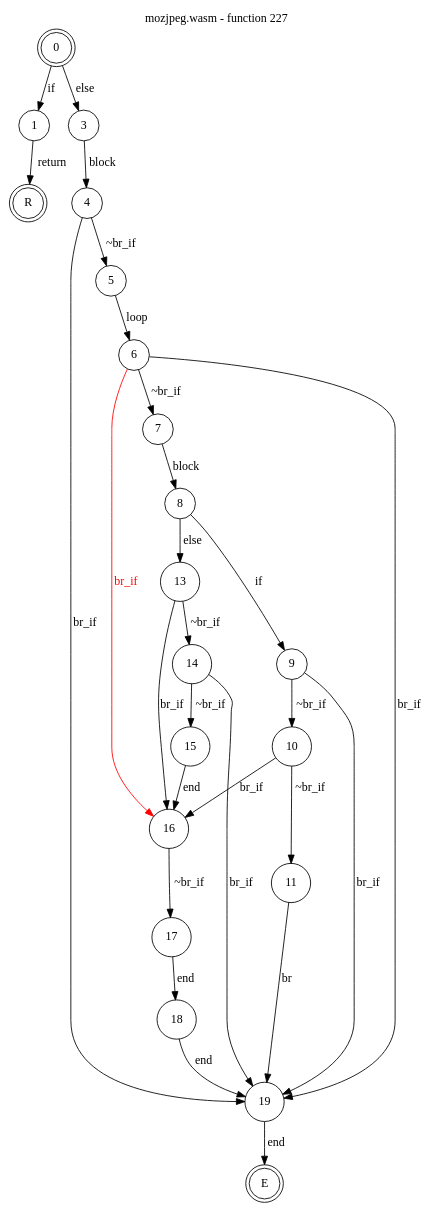
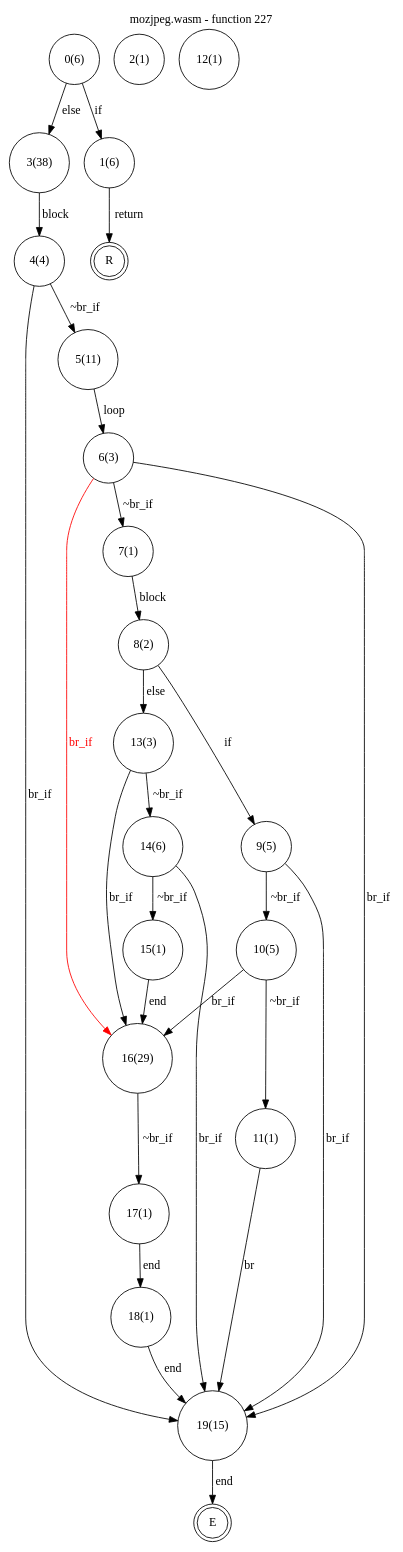
One commit to jsCarleton/wanalyze changed the diagram in test_cases/mozjpeg/funcs/mozjpeg-func227.dot. Above: the diagram before and after it, drawn with Graphviz. The commit also changed 592 other files, not shown here.

```diff
--- a/test_cases/mozjpeg/funcs/mozjpeg-func227.dot
+++ b/test_cases/mozjpeg/funcs/mozjpeg-func227.dot
@@ -1,36 +1,57 @@
 digraph finite_state_machine {
     label = "mozjpeg.wasm - function 227"
     labelloc =  t
     labelfontsize = 16
     labelfontcolor = black
     labelfontname = "Helvetica"
-    node [shape = doublecircle]; 0 E R ;
-    node [shape = circle];
+    node [shape = doublecircle]; E R ;
+node [shape=circle, fontcolor=black, style="", label="0(6)"]0
+node [shape=circle, fontcolor=black, style="", label="1(6)"]1
+node [shape=circle, fontcolor=black, style="", label="2(1)"]2
+node [shape=circle, fontcolor=black, style="", label="3(38)"]3
+node [shape=circle, fontcolor=black, style="", label="4(4)"]4
+node [shape=circle, fontcolor=black, style="", label="5(11)"]5
+node [shape=circle, fontcolor=black, style="", label="6(3)"]6
+node [shape=circle, fontcolor=black, style="", label="7(1)"]7
+node [shape=circle, fontcolor=black, style="", label="8(2)"]8
+node [shape=circle, fontcolor=black, style="", label="9(5)"]9
+node [shape=circle, fontcolor=black, style="", label="10(5)"]10
+node [shape=circle, fontcolor=black, style="", label="11(1)"]11
+node [shape=circle, fontcolor=black, style="", label="12(1)"]12
+node [shape=circle, fontcolor=black, style="", label="13(3)"]13
+node [shape=circle, fontcolor=black, style="", label="14(6)"]14
+node [shape=circle, fontcolor=black, style="", label="15(1)"]15
+node [shape=circle, fontcolor=black, style="", label="16(29)"]16
+node [shape=circle, fontcolor=black, style="", label="17(1)"]17
+node [shape=circle, fontcolor=black, style="", label="18(1)"]18
+node [shape=circle, fontcolor=black, style="", label="19(15)"]19
+node [shape=circle, fontcolor=black, style="", label="E"]E
+node [shape=circle, fontcolor=black, style="", label="R"]R
     0 -> 1[label="if"];
     0 -> 3[label="else"];
     1 -> R[label="return"];
     3 -> 4[label="block"];
     4 -> 5[label="~br_if"];
     4 -> 19[label="br_if"];
     5 -> 6[label="loop"];
     6 -> 7[label="~br_if"];
     6 -> 19[label="br_if"];
     7 -> 8[label="block"];
     8 -> 9[label="if"];
     8 -> 13[label="else"];
     9 -> 10[label="~br_if"];
     9 -> 19[label="br_if"];
     10 -> 11[label="~br_if"];
     10 -> 16[label="br_if"];
     11 -> 19[label="br"];
     13 -> 14[label="~br_if"];
     13 -> 16[label="br_if"];
     14 -> 15[label="~br_if"];
     14 -> 19[label="br_if"];
     15 -> 16[label="end"];
     16 -> 17[label="~br_if"];
     16 -> 6[color="red" dir=back fontcolor="red" label="br_if"];
     17 -> 18[label="end"];
     18 -> 19[label="end"];
     19 -> E[label="end"];
 }
```
